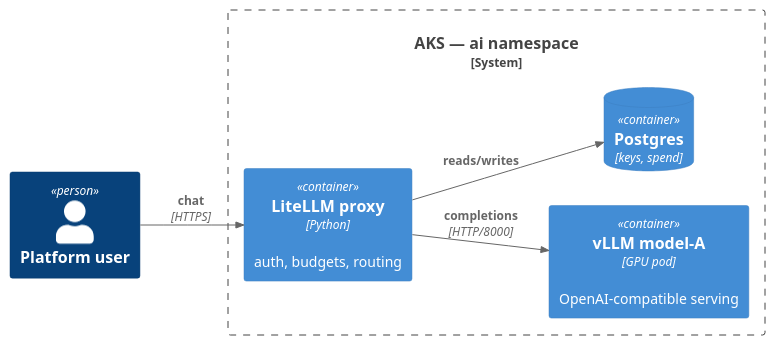
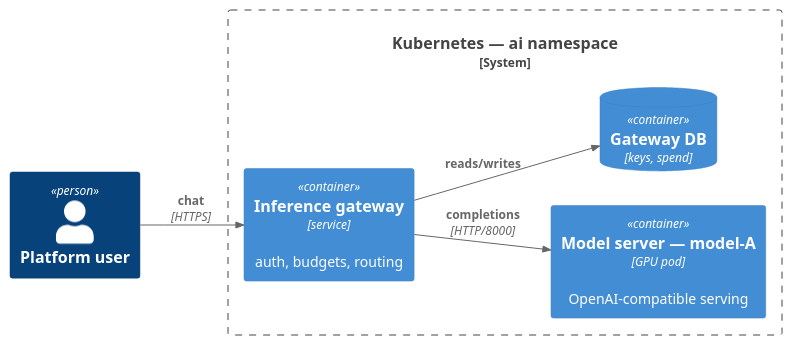
Before and after one commit to KSriki/agent-harness-template: the second of 3 diagrams in skills/architecture-diagrams/SKILL.md, drawn with PlantUML. The commit also changed other lines of this file and 41 other files, not shown here.

````diff
--- a/skills/architecture-diagrams/SKILL.md
+++ b/skills/architecture-diagrams/SKILL.md
@@ -103,15 +103,15 @@
 ```plantuml
 @startuml
 !include lib/C4_Container.puml
 LAYOUT_LEFT_RIGHT()
 Person(user, "Platform user")
-System_Boundary(aks, "AKS — ai namespace") {
-  Container(litellm, "LiteLLM proxy", "Python", "auth, budgets, routing")
-  Container(vllm, "vLLM model-A", "GPU pod", "OpenAI-compatible serving")
-  ContainerDb(pg, "Postgres", "keys, spend")
+System_Boundary(cluster, "Kubernetes — ai namespace") {
+  Container(gw, "Inference gateway", "service", "auth, budgets, routing")
+  Container(ms, "Model server — model-A", "GPU pod", "OpenAI-compatible serving")
+  ContainerDb(db, "Gateway DB", "keys, spend")
 }
-Rel(user, litellm, "chat", "HTTPS")
-Rel(litellm, vllm, "completions", "HTTP/8000")
-Rel(litellm, pg, "reads/writes")
+Rel(user, gw, "chat", "HTTPS")
+Rel(gw, ms, "completions", "HTTP/8000")
+Rel(gw, db, "reads/writes")
 @enduml
 ```
````
